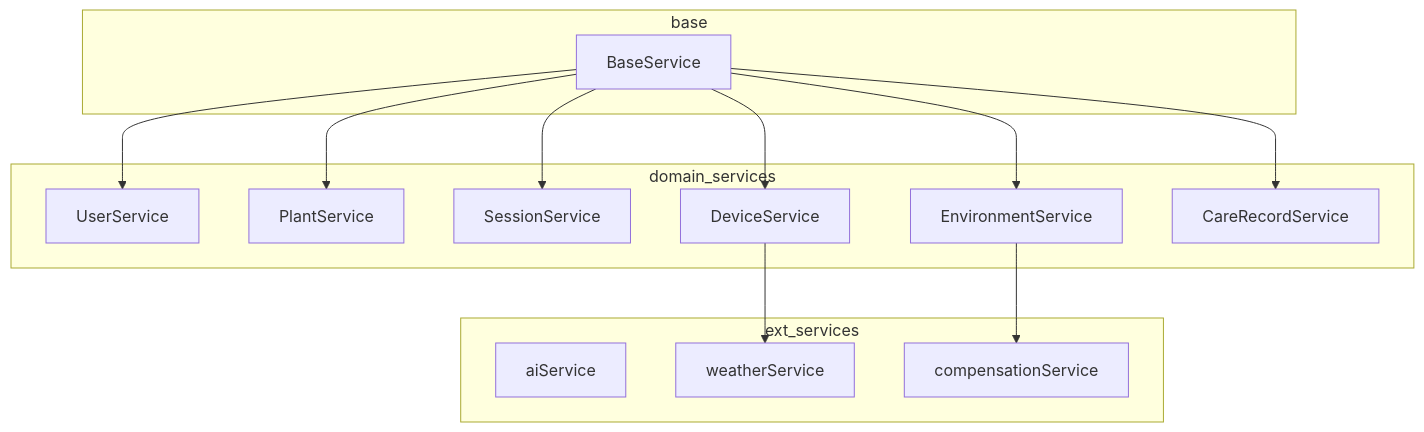
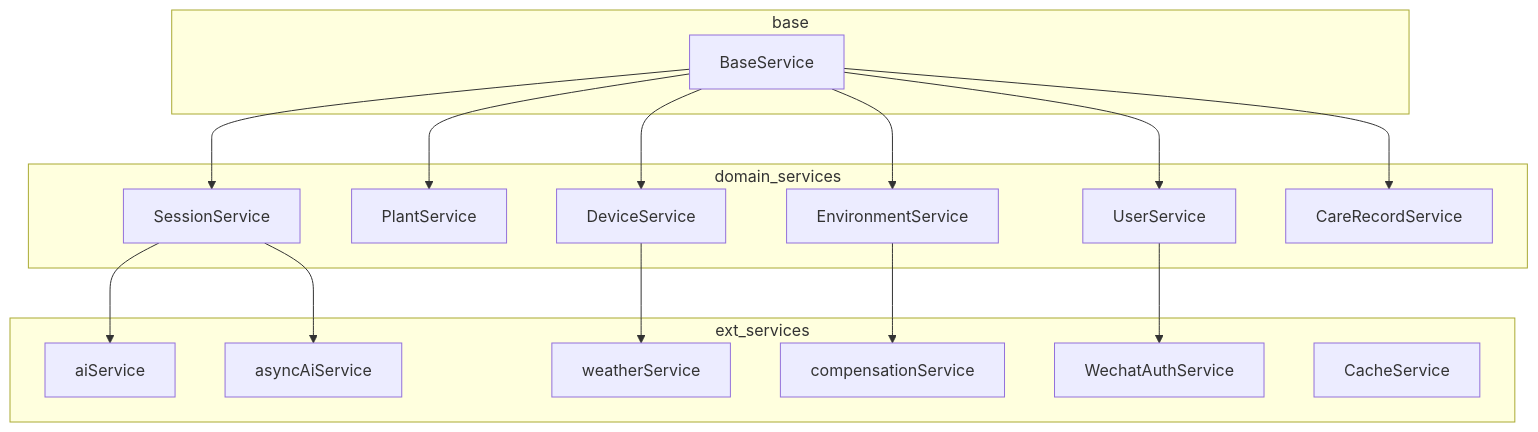
The third of 8 diagrams in docs/02-architecture/backend-architecture.md (ShatterDusk/smart-garden-mvp), drawn with Mermaid before and after one commit. The commit also changed other lines of this file and 2 other files, not shown here.

````diff
--- a/docs/02-architecture/backend-architecture.md
+++ b/docs/02-architecture/backend-architecture.md
@@ -220,31 +227,37 @@
 ```mermaid
 graph TB
     subgraph base
         BASE["BaseService"]
     end
 
     subgraph domain_services
         S_USER["UserService"]
         S_PLANT["PlantService"]
         S_SESSION["SessionService"]
         S_DEVICE["DeviceService"]
         S_ENV["EnvironmentService"]
         S_CARE["CareRecordService"]
     end
 
     subgraph ext_services
         S_AI["aiService"]
+        S_ASYNCAI["asyncAiService"]
         S_WEATHER["weatherService"]
         S_COMP["compensationService"]
+        S_WECHATAUTH["WechatAuthService"]
+        S_CACHE["CacheService"]
     end
 
     BASE --> S_USER
     BASE --> S_PLANT
     BASE --> S_SESSION
     BASE --> S_DEVICE
     BASE --> S_ENV
     BASE --> S_CARE
 
     S_DEVICE --> S_WEATHER
     S_ENV --> S_COMP
+    S_USER --> S_WECHATAUTH
+    S_SESSION --> S_AI
+    S_SESSION --> S_ASYNCAI
 ```
````
